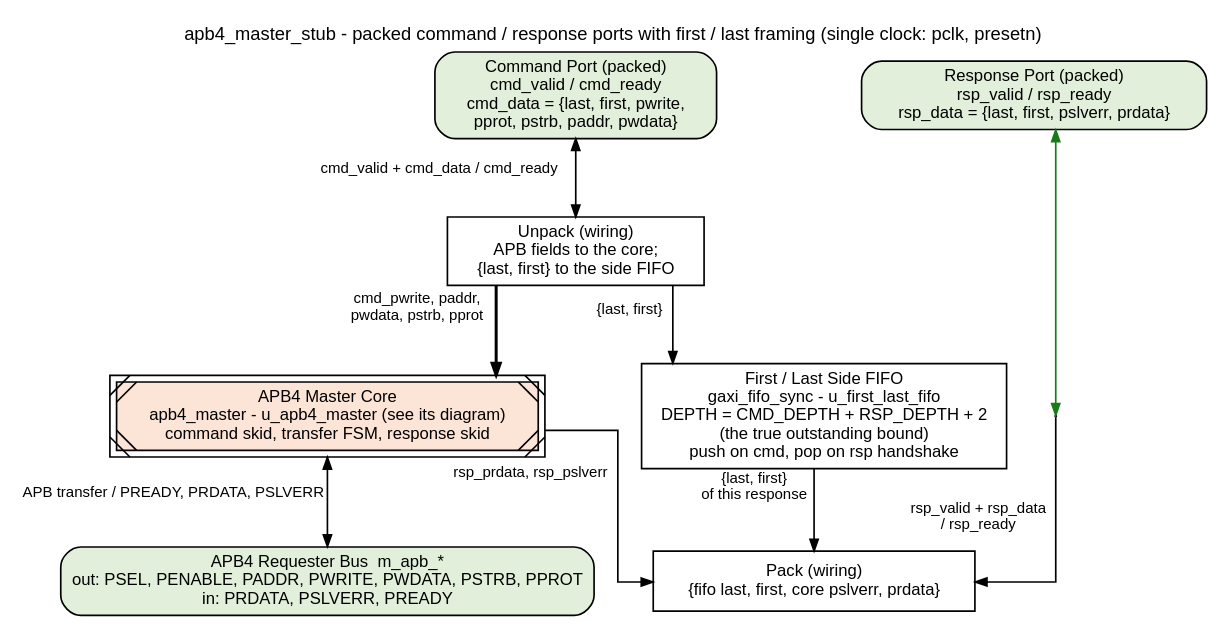
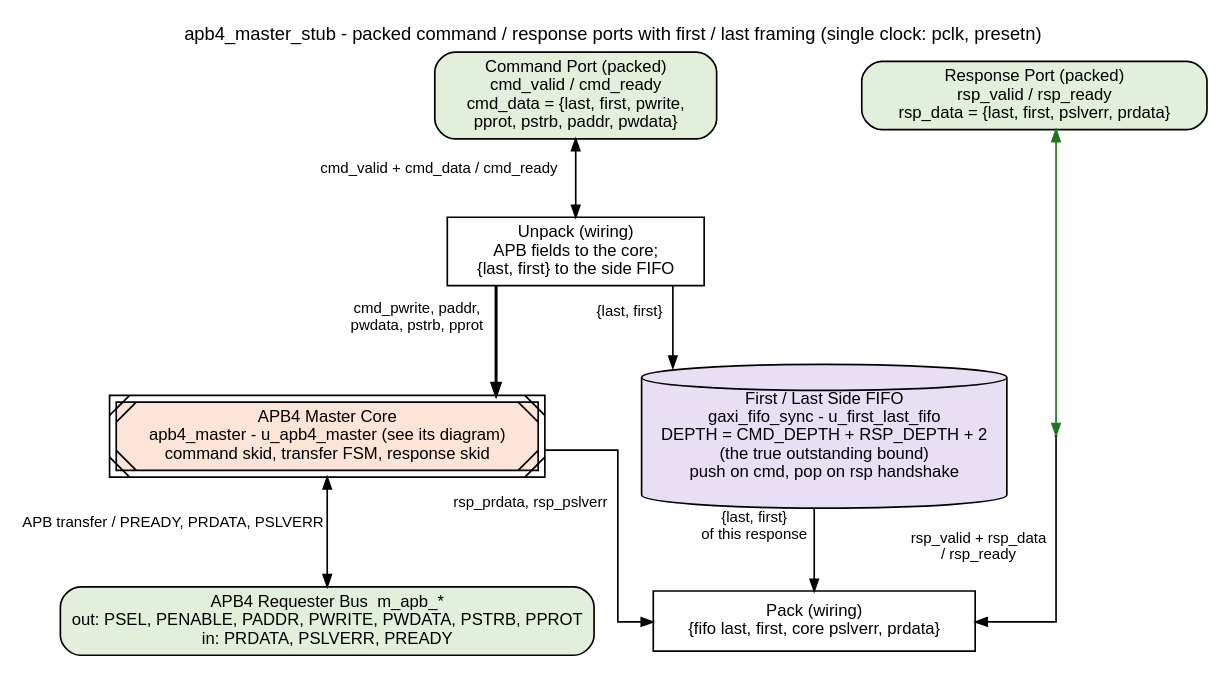
Before and after one commit to sean-galloway/RTLDesignSherpa: the diagram in docs/markdown/assets/rtl-amba/graphviz/apb4_master_stub.dot, drawn with Graphviz. The commit also changed 31 other files, not shown here.

First line of the commit message:
docs(handbook, amba): a FIFO or skid child instance is a Storage cylinder; 15 rtl-amba diagrams swept

```diff
--- a/docs/markdown/assets/rtl-amba/graphviz/apb4_master_stub.dot
+++ b/docs/markdown/assets/rtl-amba/graphviz/apb4_master_stub.dot
@@ -1,44 +1,44 @@
 // apb4_master_stub block diagram - house style (vault/handbook/authoring/block-diagrams.md).
 // Packed-port wrapper: the base apb4_master is ONE child box (own diagram).
 // The variant adds the {last, first} framing side FIFO that pairs each
 // response with the command that produced it.
 // Source of truth: rtl/amba/apb4/apb4_master_stub.sv.
 digraph apb4_master_stub {
     graph [rankdir=TB, bgcolor="white", fontname="Helvetica", fontsize=11,
            nodesep="0.40", ranksep="0.65", splines=ortho, newrank=true,
            label="apb4_master_stub - packed command / response ports with first / last framing (single clock: pclk, presetn)",
            labelloc=t, labeljust=c];
     node  [fontname="Helvetica", fontsize=10, shape=box, style=filled,
            fillcolor="white", color="black", margin="0.12,0.06"];
     edge  [fontname="Helvetica", fontsize=9, color="black", arrowsize=0.7];
 
     cmd_port [label="Command Port (packed)\ncmd_valid / cmd_ready\ncmd_data = {last, first, pwrite,\npprot, pstrb, paddr, pwdata}", fillcolor="white", style="rounded,filled", fillcolor="#E2EFDA"];
     rsp_port [label="Response Port (packed)\nrsp_valid / rsp_ready\nrsp_data = {last, first, pslverr, prdata}", fillcolor="white", style="rounded,filled", fillcolor="#E2EFDA"];
 
     unpk [label="Unpack (wiring)\nAPB fields to the core;\n{last, first} to the side FIFO", style="filled", fillcolor="white"];
-    flq  [label="First / Last Side FIFO\ngaxi_fifo_sync - u_first_last_fifo\nDEPTH = CMD_DEPTH + RSP_DEPTH + 2\n(the true outstanding bound)\npush on cmd, pop on rsp handshake", style="filled", fillcolor="white"];
+    flq  [label="First / Last Side FIFO\ngaxi_fifo_sync - u_first_last_fifo\nDEPTH = CMD_DEPTH + RSP_DEPTH + 2\n(the true outstanding bound)\npush on cmd, pop on rsp handshake", shape=cylinder, style="filled", fillcolor="#E8DFF5"];
     core [label="APB4 Master Core\napb4_master - u_apb4_master (see its diagram)\ncommand skid, transfer FSM, response skid", peripheries=2, style="filled,diagonals", fillcolor="#FCE4D6"];
     pack [label="Pack (wiring)\n{fifo last, first, core pslverr, prdata}", style="filled", fillcolor="white"];
 
     bus [label="APB4 Requester Bus  m_apb_*\nout: PSEL, PENABLE, PADDR, PWRITE, PWDATA, PSTRB, PPROT\nin: PRDATA, PSLVERR, PREADY",
          fillcolor="white", style="rounded,filled", fillcolor="#E2EFDA"];
 
     cmd_port -> unpk [dir=both, xlabel="cmd_valid + cmd_data / cmd_ready"];
     unpk -> core [penwidth=1.8, xlabel="cmd_pwrite, paddr,\npwdata, pstrb, pprot"];
     unpk -> flq [xlabel="{last, first}"];
     core -> bus [dir=both, xlabel="APB transfer / PREADY, PRDATA, PSLVERR"];
     core -> pack [xlabel="rsp_prdata, rsp_pslverr"];
     flq -> pack [xlabel="{last, first}\nof this response"];
     p_up [shape=point, width=0.01];
     pack -> p_up [dir=back, arrowtail=normal, arrowhead=none, xlabel="rsp_valid + rsp_data\n/ rsp_ready", constraint=false];
     p_up -> rsp_port [color="#1A7A1A", dir=both, constraint=false];
 
     { rank=same; cmd_port; rsp_port; }
     { rank=same; core; flq; }
     { rank=same; pack; bus; }
     { rank=same; flq; p_up; }
     cmd_port -> rsp_port [style=invis, minlen=3];
     core -> flq [style=invis, minlen=2];
     flq -> p_up [style=invis];
     unpk -> rsp_port [style=invis, constraint=false];
 }
```
